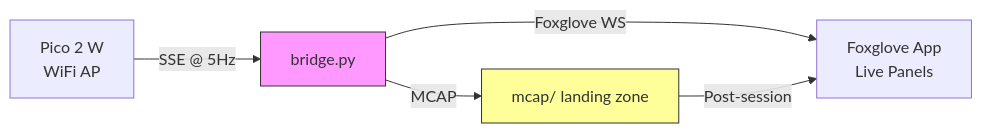
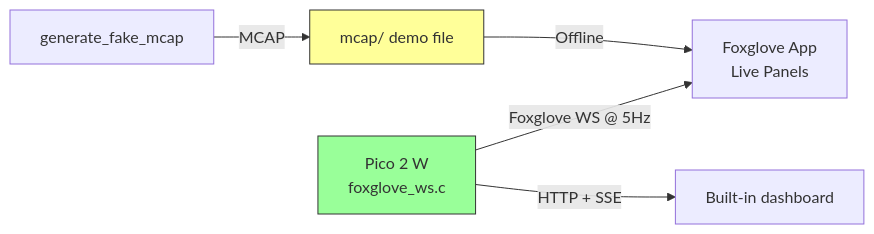
One commit to jaspermayone/wit-robotics-2025 changed the diagram in foxglove/README.md. Above: the diagram before and after it, drawn with Mermaid. The commit also changed other lines of this file, not shown here.

First line of the commit message:
docs(foxglove): document the direct Foxglove connection

````diff
--- a/foxglove/README.md
+++ b/foxglove/README.md
@@ -43,9 +43,9 @@
 ```mermaid
 graph LR
-    A[Pico 2 W<br/>WiFi AP] -->|SSE @ 5Hz| B[bridge.py]
-    B -->|Foxglove WS| C[Foxglove App<br/>Live Panels]
-    B -->|MCAP| D[mcap/ landing zone]
-    D -->|Post-session| C
-    style B fill:#f9f,stroke:#333
-    style D fill:#ff9,stroke:#333
+    A[Pico 2 W<br/>foxglove_ws.c] -->|Foxglove WS @ 5Hz| B[Foxglove App<br/>Live Panels]
+    A -->|HTTP + SSE| C[Built-in dashboard]
+    D[generate_fake_mcap] -->|MCAP| E[mcap/ demo file]
+    E -->|Offline| B
+    style A fill:#9f9,stroke:#333
+    style E fill:#ff9,stroke:#333
 ```
````
